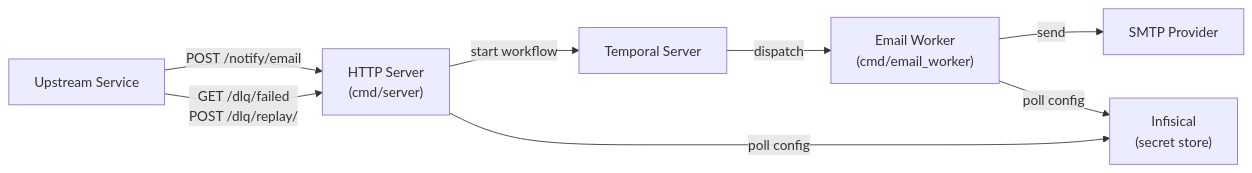
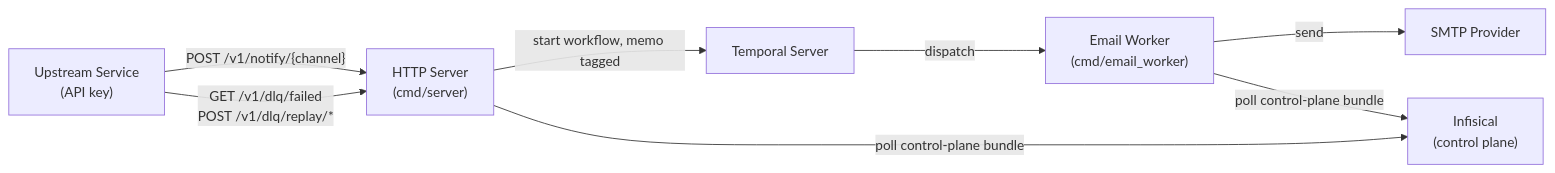
The diagram in docs/ARCHITECTURE.md (kap-theorem/beacon), drawn with Mermaid before and after one commit. The commit also changed other lines of this file and 5 other files, not shown here.

Commit message:
docs: v1 API surface, control-plane config, auth model, deployment cutover

````diff
--- a/docs/ARCHITECTURE.md
+++ b/docs/ARCHITECTURE.md
@@ -9,17 +12,17 @@
 ```mermaid
 flowchart LR
-    US["Upstream Service"]
+    US["Upstream Service\n(API key)"]
     HTTP["HTTP Server\n(cmd/server)"]
     TS["Temporal Server"]
     EW["Email Worker\n(cmd/email_worker)"]
     SMTP["SMTP Provider"]
-    INF["Infisical\n(secret store)"]
+    INF["Infisical\n(control plane)"]
 
-    US -->|POST /notify/email| HTTP
-    US -->|GET /dlq/failed\nPOST /dlq/replay/| HTTP
-    HTTP -->|start workflow| TS
+    US -->|"POST /v1/notify/{channel}"| HTTP
+    US -->|"GET /v1/dlq/failed\nPOST /v1/dlq/replay/*"| HTTP
+    HTTP -->|start workflow, memo tagged| TS
     TS -->|dispatch| EW
     EW -->|send| SMTP
-    HTTP -->|poll config| INF
-    EW -->|poll config| INF
+    HTTP -->|poll control-plane bundle| INF
+    EW -->|poll control-plane bundle| INF
 ```
````
